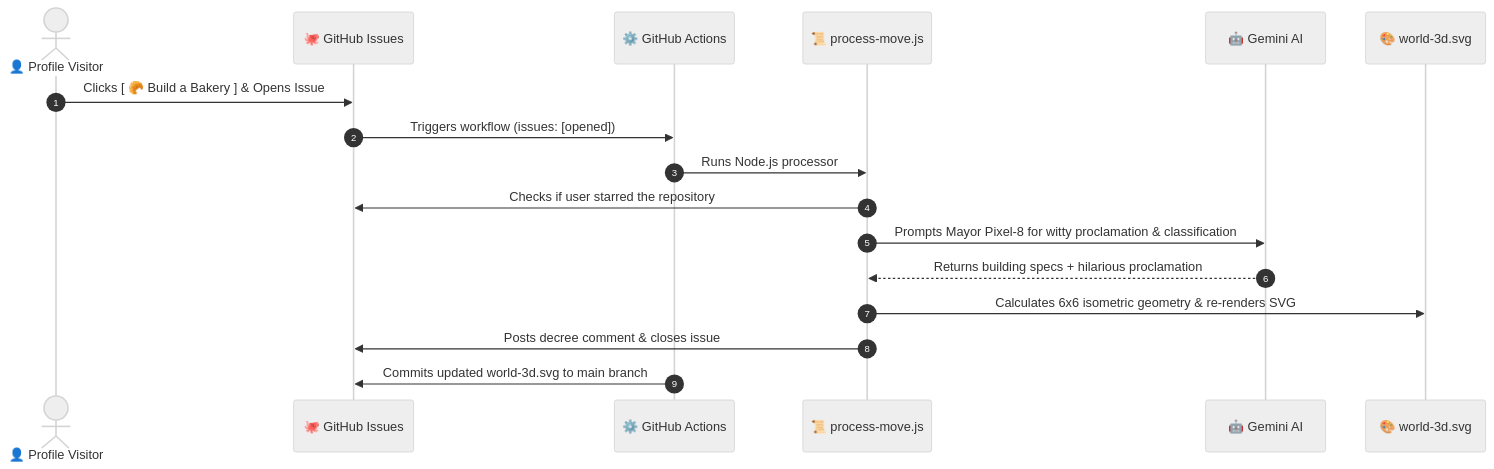
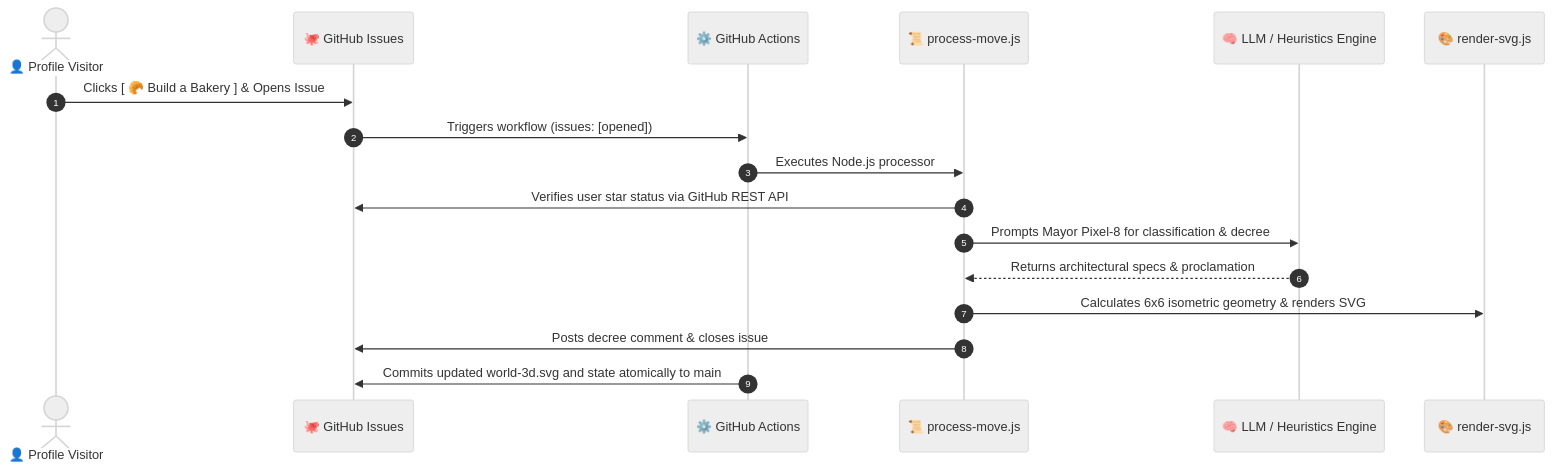
The diagram in README.md (mo-farooq/skyblock), drawn with Mermaid (neutral theme) before and after one commit. The commit also changed other lines of this file and 6 other files, not shown here.

````diff
--- a/README.md
+++ b/README.md
@@ -40,20 +40,20 @@
 ```mermaid
 sequenceDiagram
     autonumber
     actor Visitor as 👤 Profile Visitor
     participant GH as 🐙 GitHub Issues
     participant Action as ⚙️ GitHub Actions
     participant Script as 📜 process-move.js
-    participant Gemini as 🤖 Gemini AI
-    participant SVG as 🎨 world-3d.svg
+    participant AI as 🧠 LLM / Heuristics Engine
+    participant SVG as 🎨 render-svg.js
 
     Visitor->>GH: Clicks [ 🥐 Build a Bakery ] & Opens Issue
     GH->>Action: Triggers workflow (issues: [opened])
-    Action->>Script: Runs Node.js processor
-    Script->>GH: Checks if user starred the repository
-    Script->>Gemini: Prompts Mayor Pixel-8 for witty proclamation & classification
-    Gemini-->>Script: Returns building specs + hilarious proclamation
-    Script->>SVG: Calculates 6x6 isometric geometry & re-renders SVG
+    Action->>Script: Executes Node.js processor
+    Script->>GH: Verifies user star status via GitHub REST API
+    Script->>AI: Prompts Mayor Pixel-8 for classification & decree
+    AI-->>Script: Returns architectural specs & proclamation
+    Script->>SVG: Calculates 6x6 isometric geometry & renders SVG
     Script->>GH: Posts decree comment & closes issue
-    Action->>GH: Commits updated world-3d.svg to main branch
+    Action->>GH: Commits updated world-3d.svg and state atomically to main
 ```
````
